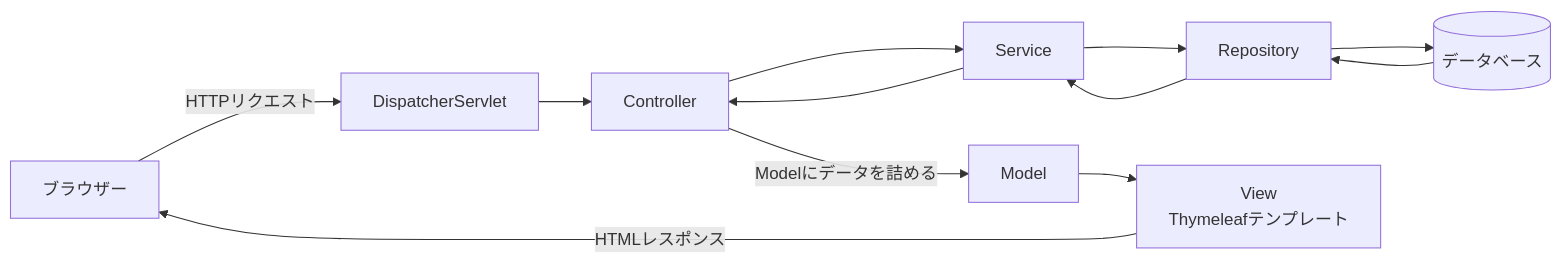
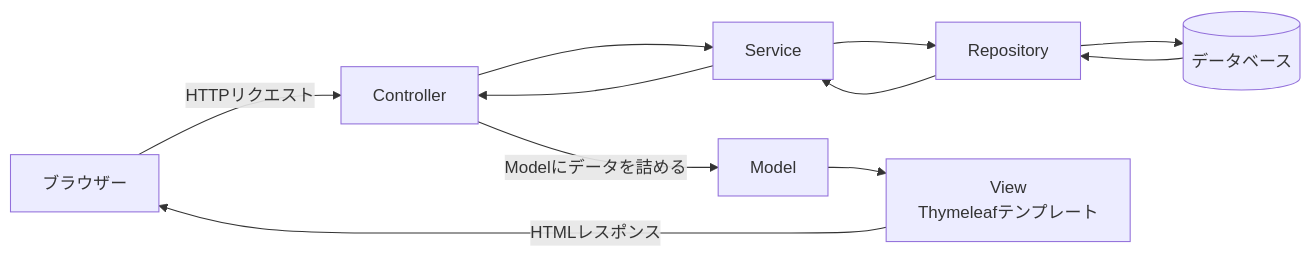
Before and after one commit to TakuyaFukumura/software-design-learning: the first of 2 diagrams in MVC/SpringBoot構成MVC解説.md, drawn with Mermaid. The commit also changed other lines of this file, not shown here.

Commit message:
docs: simplify DispatcherServlet explanation

````diff
--- a/MVC/SpringBoot構成MVC解説.md
+++ b/MVC/SpringBoot構成MVC解説.md
@@ -39,14 +39,13 @@
 ```mermaid
 flowchart LR
-    User[ブラウザー] -->|HTTPリクエスト| D[DispatcherServlet]
-    D --> C[Controller]
+    User[ブラウザー] -->|HTTPリクエスト| C[Controller]
     C --> S[Service]
     S --> R[Repository]
     R --> DB[(データベース)]
     DB --> R
     R --> S
     S --> C
     C -->|Modelにデータを詰める| M[Model]
     M --> V[View<br/>Thymeleafテンプレート]
     V -->|HTMLレスポンス| User
 ```
````
